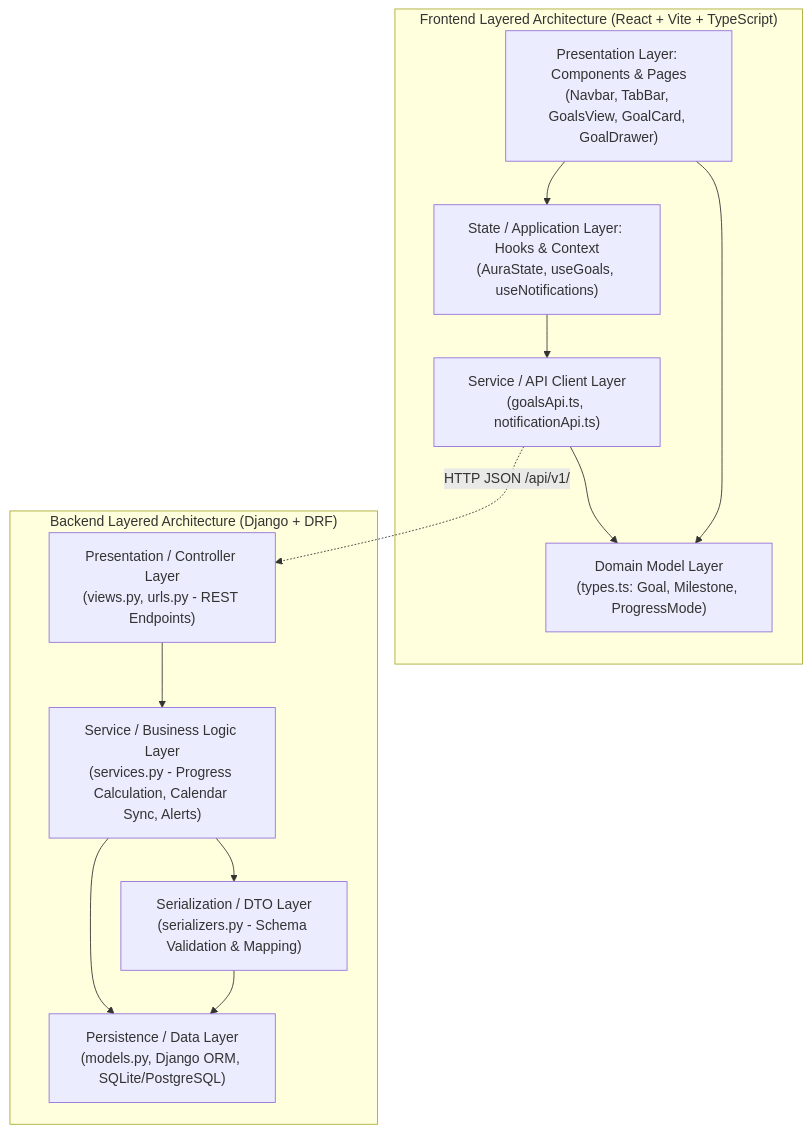
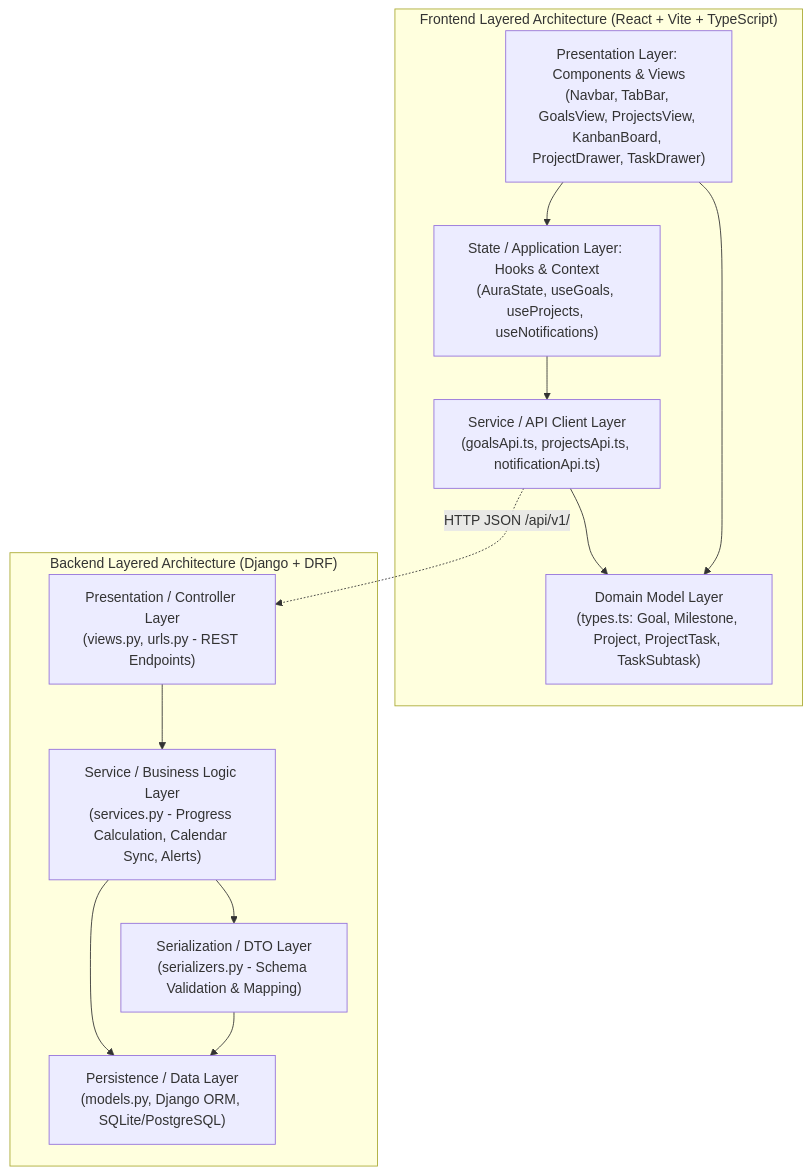
One commit to Benjamin-66Tar/Gestor-de-tareas- changed the diagram in specs/001-navigation-layout/plan.md. Above: the diagram before and after it, drawn with Mermaid. The commit also changed other lines of this file and 5 other files, not shown here.

````diff
--- a/specs/001-navigation-layout/plan.md
+++ b/specs/001-navigation-layout/plan.md
@@ -52,26 +62,26 @@
 ```mermaid
 graph TD
     subgraph Frontend["Frontend Layered Architecture (React + Vite + TypeScript)"]
-        UI["Presentation Layer: Components & Pages<br/>(Navbar, TabBar, GoalsView, GoalCard, GoalDrawer)"]
-        STATE["State / Application Layer: Hooks & Context<br/>(AuraState, useGoals, useNotifications)"]
-        SERVICE_FE["Service / API Client Layer<br/>(goalsApi.ts, notificationApi.ts)"]
-        DOMAIN_FE["Domain Model Layer<br/>(types.ts: Goal, Milestone, ProgressMode)"]
+        UI["Presentation Layer: Components & Views<br/>(Navbar, TabBar, GoalsView, ProjectsView, KanbanBoard, ProjectDrawer, TaskDrawer)"]
+        STATE["State / Application Layer: Hooks & Context<br/>(AuraState, useGoals, useProjects, useNotifications)"]
+        SERVICE_FE["Service / API Client Layer<br/>(goalsApi.ts, projectsApi.ts, notificationApi.ts)"]
+        DOMAIN_FE["Domain Model Layer<br/>(types.ts: Goal, Milestone, Project, ProjectTask, TaskSubtask)"]
         UI --> STATE
         STATE --> SERVICE_FE
         SERVICE_FE --> DOMAIN_FE
         UI --> DOMAIN_FE
     end
 
     subgraph Backend["Backend Layered Architecture (Django + DRF)"]
         API["Presentation / Controller Layer<br/>(views.py, urls.py - REST Endpoints)"]
         SERVICE_BE["Service / Business Logic Layer<br/>(services.py - Progress Calculation, Calendar Sync, Alerts)"]
         SERIALIZER["Serialization / DTO Layer<br/>(serializers.py - Schema Validation & Mapping)"]
         PERSISTENCE["Persistence / Data Layer<br/>(models.py, Django ORM, SQLite/PostgreSQL)"]
         API --> SERVICE_BE
         SERVICE_BE --> SERIALIZER
         SERVICE_BE --> PERSISTENCE
         SERIALIZER --> PERSISTENCE
     end
 
     SERVICE_FE -.->|HTTP JSON /api/v1/| API
 ```
````
